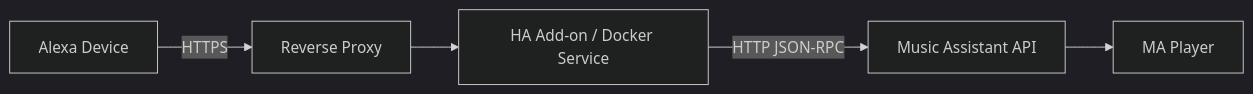
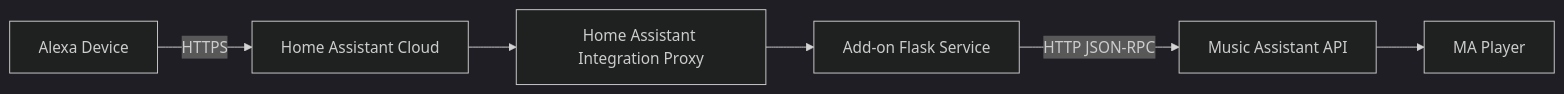
The diagram in README.md (cirolaferrara/music-assistant-alexa-voice), drawn with Mermaid (dark theme) before and after one commit. The commit also changed other lines of this file and 9 other files, not shown here.

First line of the commit message:
feat: add Music Assistant Alexa Voice integration for Home Assistant

````diff
--- a/README.md
+++ b/README.md
@@ -27,7 +44,8 @@
 ```mermaid
 flowchart LR
-  Echo[Alexa Device] -->|HTTPS| Proxy[Reverse Proxy]
-  Proxy --> Skill[HA Add-on / Docker Service]
+  Echo[Alexa Device] -->|HTTPS| Cloud[Home Assistant Cloud]
+  Cloud --> HA[Home Assistant Integration Proxy]
+  HA --> Skill[Add-on Flask Service]
   Skill -->|HTTP JSON-RPC| MA[Music Assistant API]
   MA --> Player[MA Player]
 ```
````
